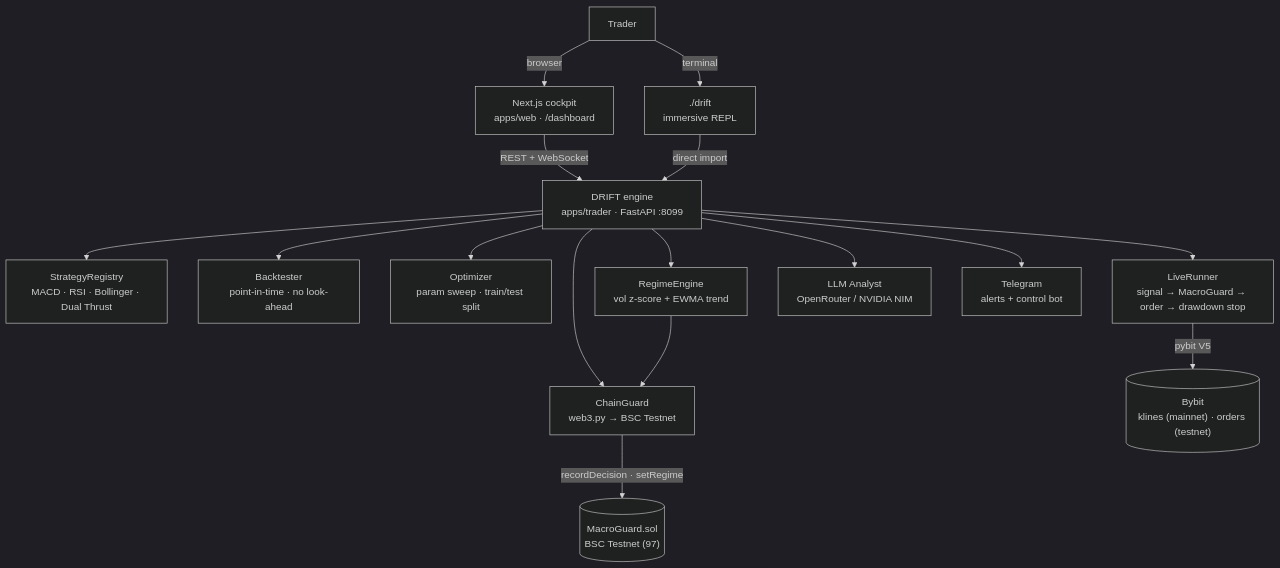
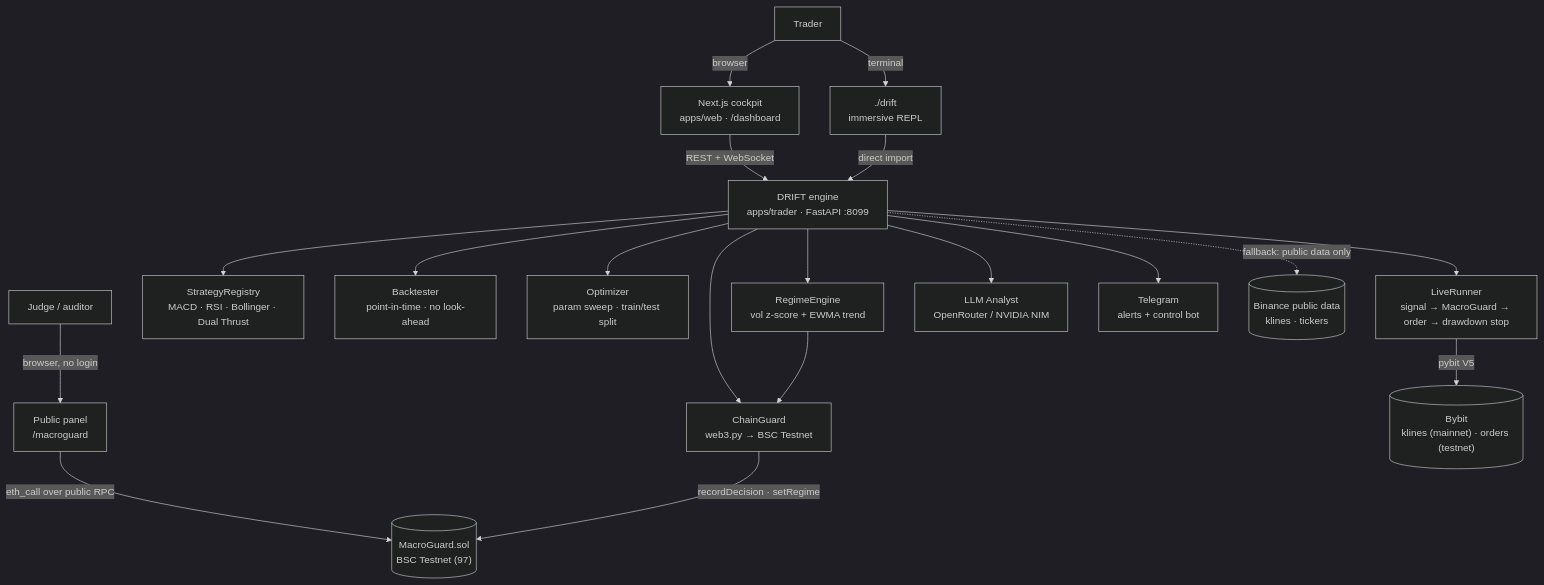
One commit to Stylenecy/seed-bnb changed the second of 2 diagrams in drift/README.md. Above: the diagram before and after it, drawn with Mermaid (dark theme). The commit also changed other lines of this file and 14 other files, not shown here.

````diff
--- a/drift/README.md
+++ b/drift/README.md
@@ -89,22 +179,25 @@
 ```mermaid
 graph TD
   U["Trader"] -->|"browser"| W["Next.js cockpit<br/>apps/web · /dashboard"]
+  J["Judge / auditor"] -->|"browser, no login"| PG["Public panel<br/>/macroguard"]
   U -->|"terminal"| CLI["./drift<br/>immersive REPL"]
   W -->|"REST + WebSocket"| E
   CLI -->|"direct import"| E
+  PG -->|"eth_call over public RPC"| MG
 
   E["DRIFT engine<br/>apps/trader · FastAPI :8099"]
 
   E --> SR["StrategyRegistry<br/>MACD · RSI · Bollinger · Dual Thrust"]
   E --> BT["Backtester<br/>point-in-time · no look-ahead"]
   E --> OPT["Optimizer<br/>param sweep · train/test split"]
   E --> LR["LiveRunner<br/>signal → MacroGuard → order → drawdown stop"]
   E --> REG["RegimeEngine<br/>vol z-score + EWMA trend"]
   E --> LLM["LLM Analyst<br/>OpenRouter / NVIDIA NIM"]
   E --> TG["Telegram<br/>alerts + control bot"]
   E --> CG["ChainGuard<br/>web3.py → BSC Testnet"]
 
   LR -->|"pybit V5"| BY[("Bybit<br/>klines (mainnet) · orders (testnet)")]
+  E -.->|"fallback: public data only"| BN[("Binance public data<br/>klines · tickers")]
   CG -->|"recordDecision · setRegime"| MG[("MacroGuard.sol<br/>BSC Testnet (97)")]
   REG --> CG
 ```
````
